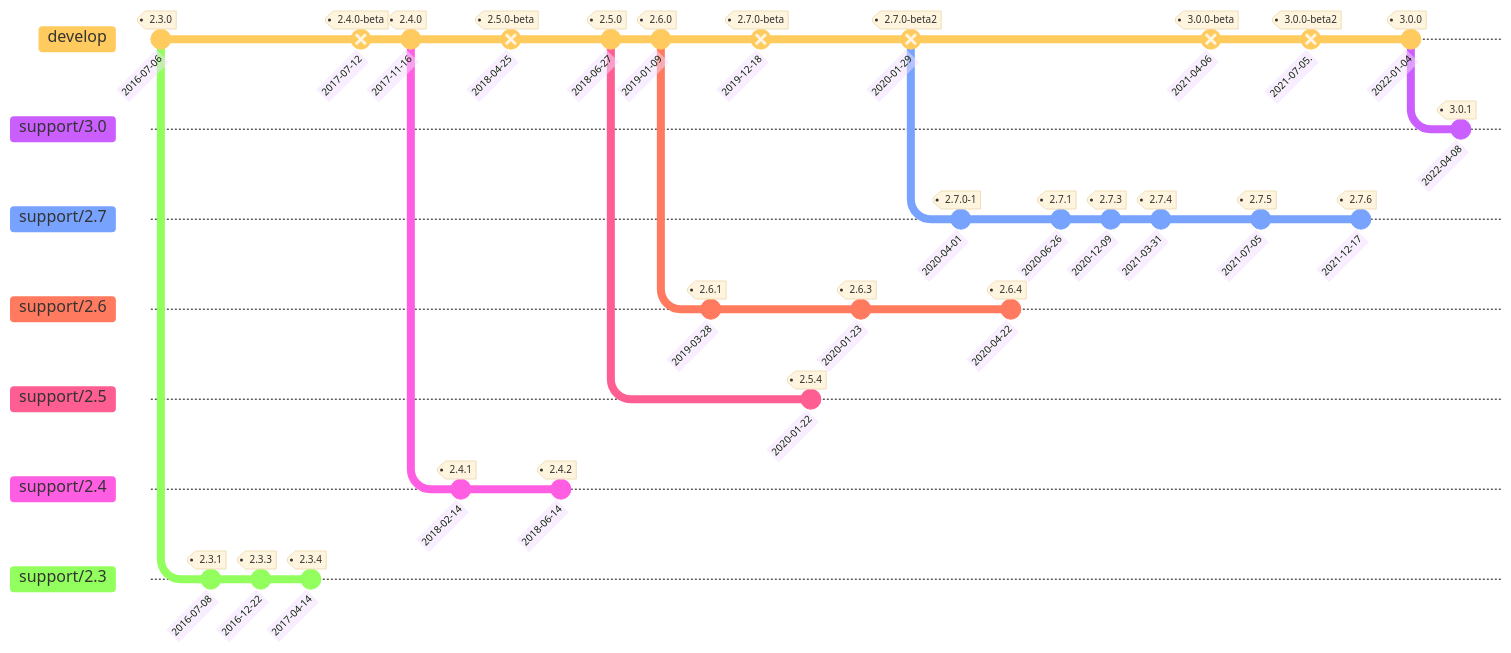
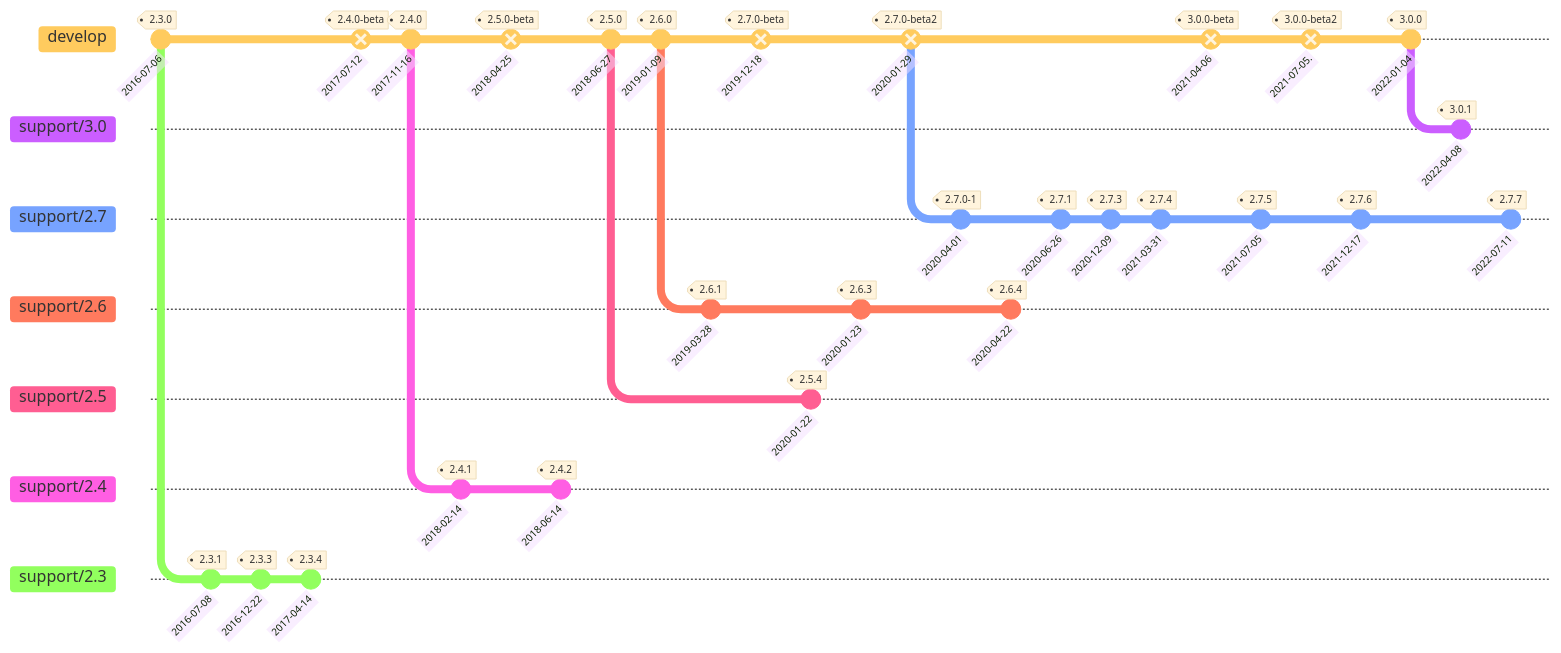
One commit to Combodo/iTop changed the diagram in .doc/itop-version-history.md. Above: the diagram before and after it, drawn with Mermaid.

Commit message:
update mermaid itop history 2.7.7

````diff
--- a/.doc/itop-version-history.md
+++ b/.doc/itop-version-history.md
@@ -3,55 +3,57 @@
 ```mermaid
 %%{init: { 'logLevel': 'debug', 'theme': 'base', 'gitGraph': {'showBranches': true,'mainBranchName': 'develop','rotateCommitLabel': true}} }%%
 gitGraph
     commit id: "2016-07-06" tag: "2.3.0"
     branch support/2.3 order: 900
     commit id: "2016-07-08" tag: "2.3.1"
     commit id: "2016-12-22" tag: "2.3.3"
     commit id: "2017-04-14" tag: "2.3.4"
     checkout develop
     commit id: "2017-07-12" tag: "2.4.0-beta" type: REVERSE
     commit id: "2017-11-16" tag: "2.4.0"
     branch support/2.4 order: 890
     commit id: "2018-02-14" tag: "2.4.1"
     checkout develop
     commit id: "2018-04-25" tag: "2.5.0-beta" type: REVERSE
     checkout support/2.4
     commit id: "2018-06-14" tag: "2.4.2"
     checkout develop
     commit id: "2018-06-27" tag: "2.5.0"
     branch support/2.5 order: 880
     checkout develop
     commit id: "2019-01-09" tag: "2.6.0"
     branch support/2.6 order: 870
     commit id: "2019-03-28" tag: "2.6.1"
     checkout develop
     commit id: "2019-12-18" tag: "2.7.0-beta" type: REVERSE
     checkout support/2.5
     commit id: "2020-01-22" tag: "2.5.4"
     checkout support/2.6
     commit id: "2020-01-23" tag: "2.6.3"
     checkout develop
     commit id: "2020-01-29" tag: "2.7.0-beta2" type: REVERSE
     branch support/2.7 order: 860
     commit id: "2020-04-01" tag: "2.7.0-1"
     checkout support/2.6
     commit id: "2020-04-22" tag: "2.6.4"
     checkout support/2.7
     commit id: "2020-06-26" tag: "2.7.1"
     checkout support/2.7
     commit id: "2020-12-09" tag: "2.7.3"
     commit id: "2021-03-31" tag: "2.7.4"
     checkout develop
     commit id: "2021-04-06" tag: "3.0.0-beta" type: REVERSE
     checkout support/2.7
     commit id: "2021-07-05" tag: "2.7.5"
     checkout develop
     commit id: "2021-07-05." tag: "3.0.0-beta2" type: REVERSE
     checkout support/2.7
     commit id: "2021-12-17" tag: "2.7.6"
     checkout develop
     commit id: "2022-01-04" tag: "3.0.0"
     branch support/3.0 order: 850
     commit id: "2022-04-08" tag: "3.0.1"
+    checkout support/2.7
+    commit id: "2022-07-11" tag: "2.7.7"
     checkout develop
 ```
````
